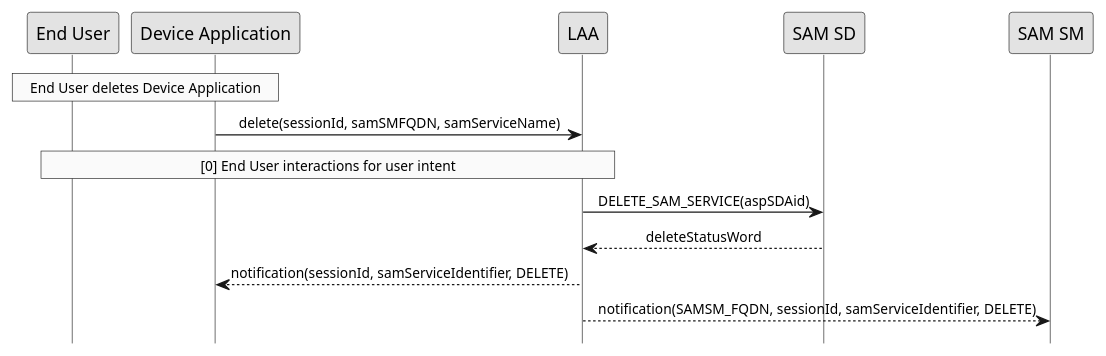
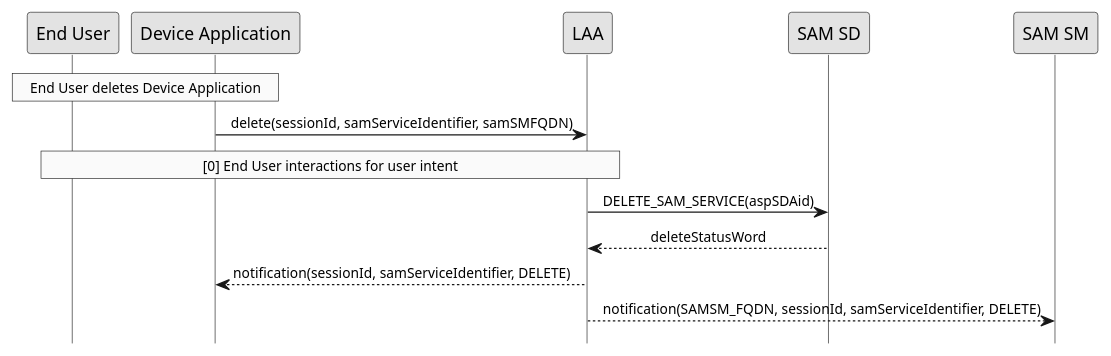
The diagram in doc/uml/delete-device-app.pu (GlobalPlatform/LAA-SAM_SM-Interface), drawn with PlantUML before and after one commit. The commit also changed 4 other files, not shown here.

```diff
--- a/doc/uml/delete-device-app.pu
+++ b/doc/uml/delete-device-app.pu
@@ -1,27 +1,27 @@
 @startuml
 
 hide footbox
 skinparam sequenceMessageAlign center
 skinparam sequenceArrowFontSize 11
 skinparam noteFontSize 11
 skinparam monochrome true
 skinparam lifelinestrategy solid
  
 rnote over "End User", "Device Application"
      End User deletes Device Application
 end rnote
 
-"Device Application" -> LAA : delete(sessionId, samSMFQDN, samServiceName)
+"Device Application" -> LAA : delete(sessionId, samServiceIdentifier, samSMFQDN)
 
 rnote over "LAA", "End User"
      [0] End User interactions for user intent
 end rnote
  
 "LAA" -> "SAM SD" : DELETE_SAM_SERVICE(aspSDAid) 
 "SAM SD" --> LAA : deleteStatusWord
 
  
 LAA --> "Device Application" : notification(sessionId, samServiceIdentifier, DELETE)
  
 LAA --> "SAM SM" : notification(SAMSM_FQDN, sessionId, samServiceIdentifier, DELETE)
 @enduml
```
